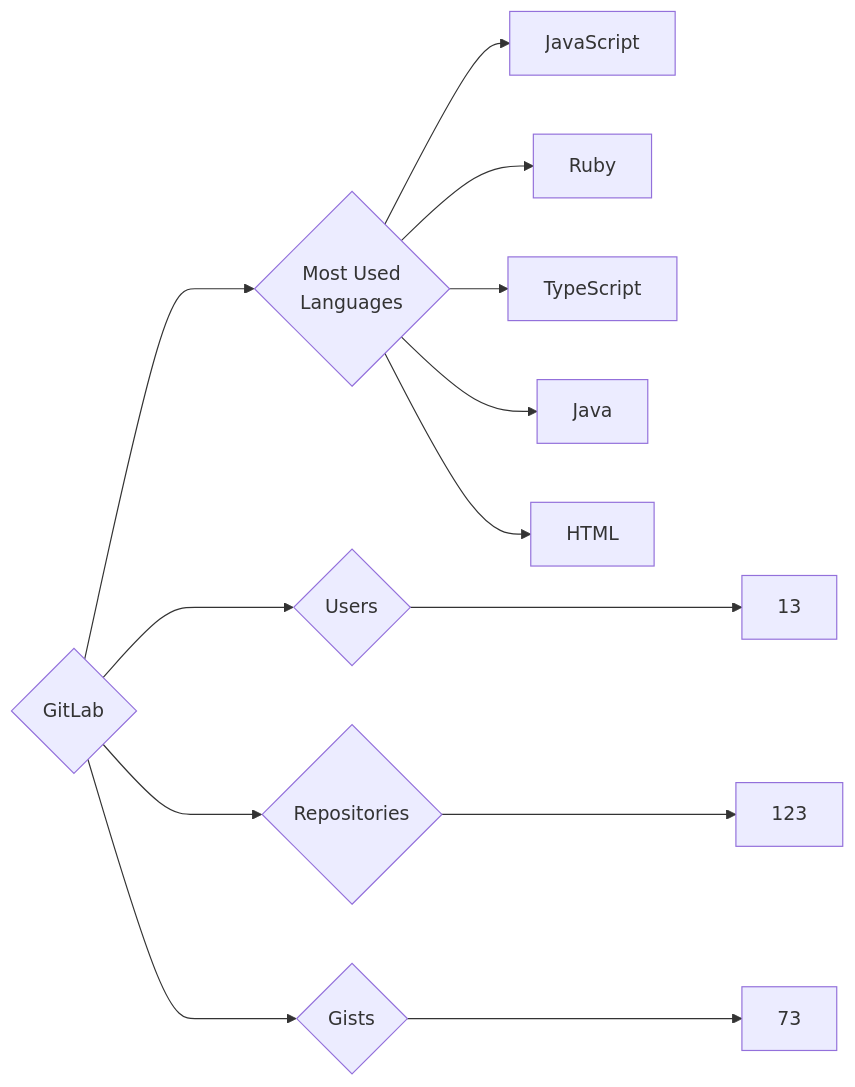
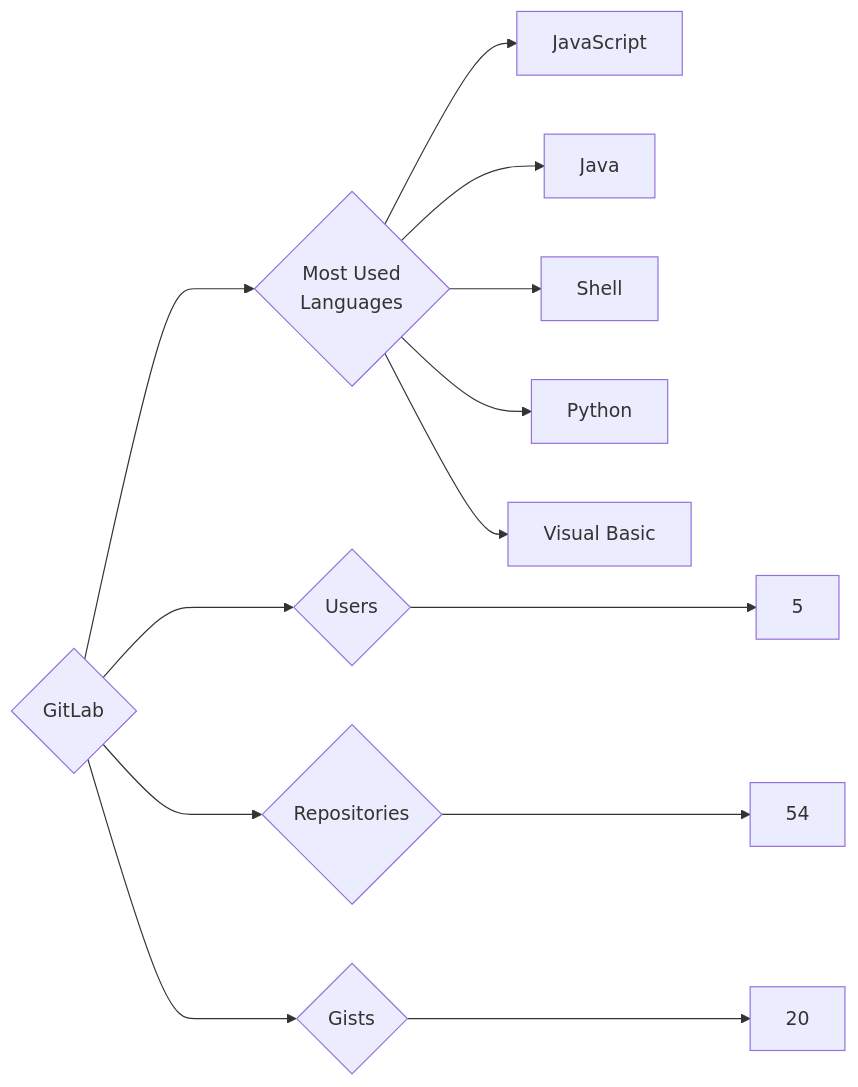
The diagram in targets/GitLab/README.md (trickest/insiders), drawn with Mermaid before and after one commit. The commit also changed 998 other files, not shown here.

````diff
--- a/targets/GitLab/README.md
+++ b/targets/GitLab/README.md
@@ -3,13 +3,13 @@
 ```mermaid
 graph LR
 COMPANY_NAME{GitLab}
-COMPANY_NAME ---> U{Users} ---> UN[13]
-COMPANY_NAME ---> R{Repositories} ---> RN[123]
-COMPANY_NAME ---> G{Gists} ---> GN[73]
+COMPANY_NAME ---> U{Users} ---> UN[5]
+COMPANY_NAME ---> R{Repositories} ---> RN[54]
+COMPANY_NAME ---> G{Gists} ---> GN[20]
 COMPANY_NAME ---> ML{Most Used<br>Languages}
 ML --> JavaScript[JavaScript]
-ML --> Ruby[Ruby]
-ML --> TypeScript[TypeScript]
 ML --> Java[Java]
-ML --> HTML[HTML]
+ML --> Shell[Shell]
+ML --> Python[Python]
+ML --> Visual_Basic[Visual Basic]
 ```
````
